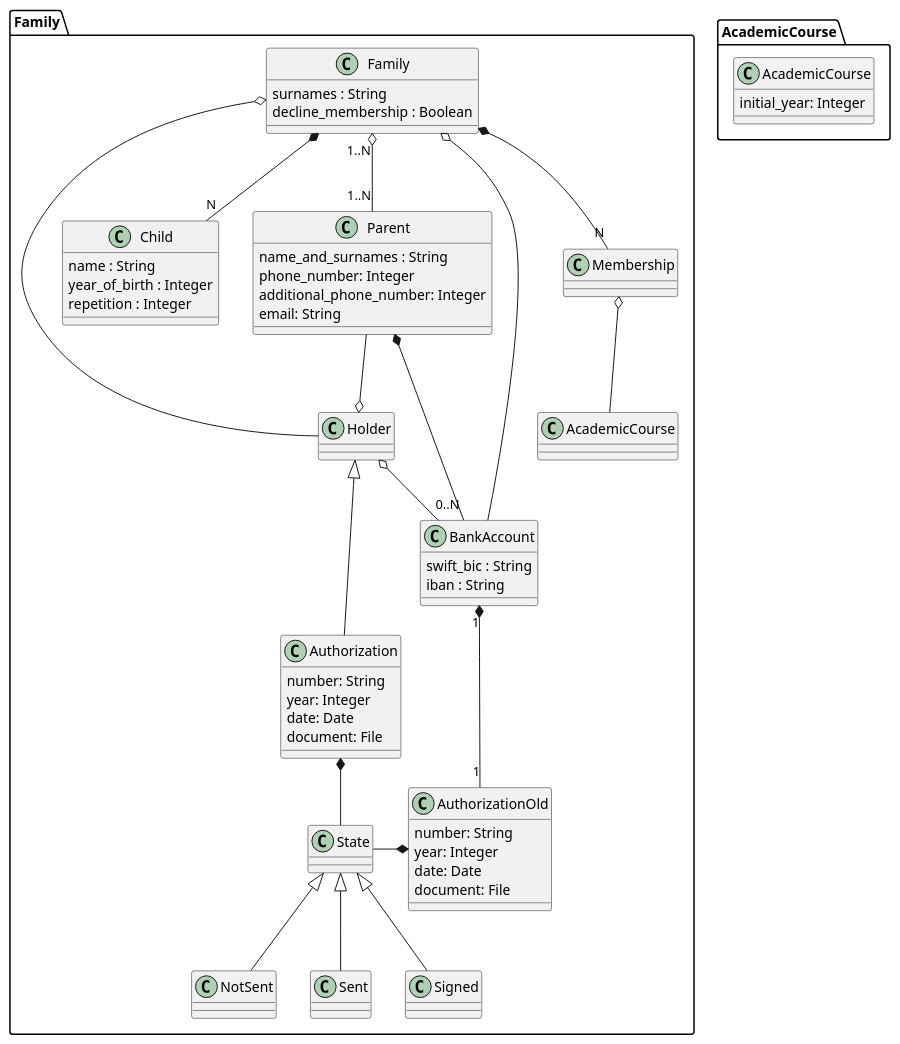
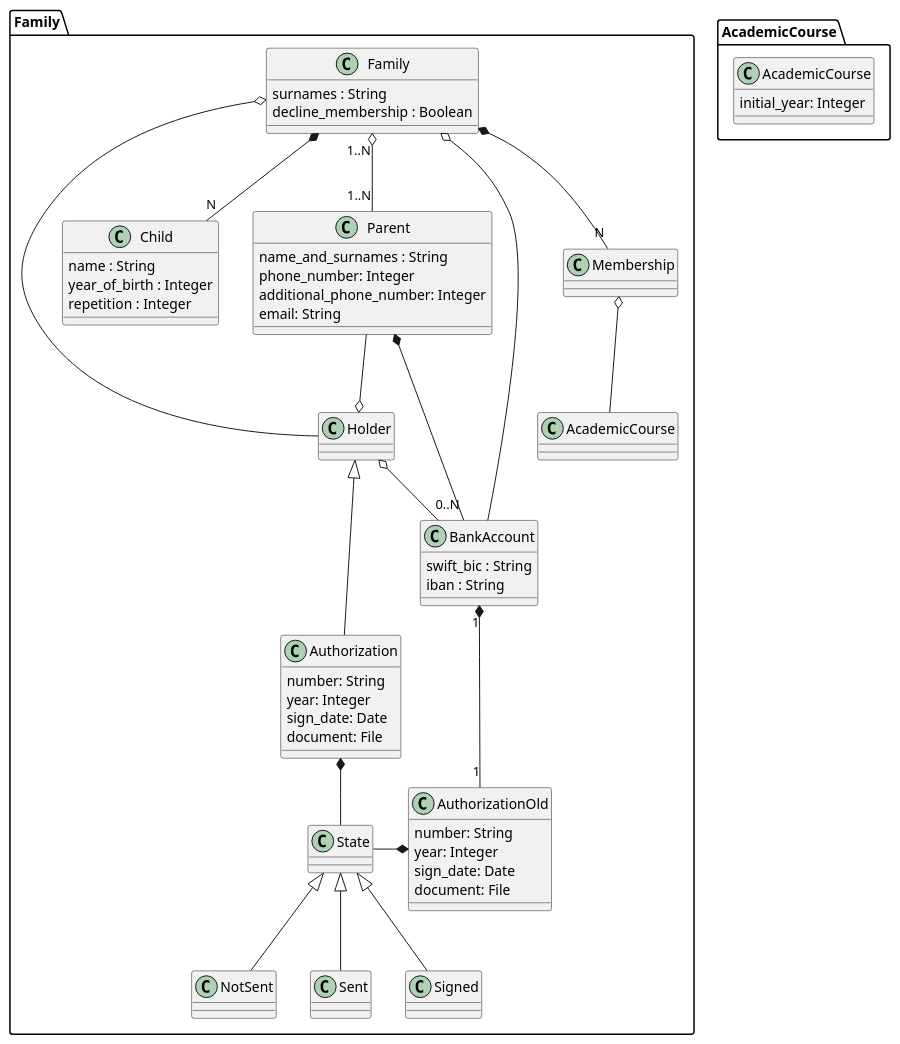
One commit to IgnacioMaestro/ampa-manager changed the diagram in doc/DomainModelDiagram/FamilyPackage/FamilyPackageMigrating.puml. Above: the diagram before and after it, drawn with PlantUML.

Commit message:
feat: correct doc

```diff
--- a/doc/DomainModelDiagram/FamilyPackage/FamilyPackageMigrating.puml
+++ b/doc/DomainModelDiagram/FamilyPackage/FamilyPackageMigrating.puml
@@ -1,67 +1,67 @@
 @startuml
 package Family {
   class Family {
     surnames : String
     decline_membership : Boolean
   }
   class Parent {
     name_and_surnames : String
     phone_number: Integer
     additional_phone_number: Integer
     email: String
   }
   class Child {
     name : String
     year_of_birth : Integer
     repetition : Integer
   }
   class Holder
   class BankAccount {
     swift_bic : String
     iban : String
   }
   class Authorization {
     number: String
     year: Integer
-    date: Date
+    sign_date: Date
     document: File
   }
   class AuthorizationOld {
     number: String
     year: Integer
-    date: Date
+    sign_date: Date
     document: File
   }
   class State
   class NotSent
   class Sent
   class Signed
 
   NotSent -up-|> State
   Sent -up-|> State
   Signed -up-|> State
   Authorization *-right- State
   AuthorizationOld *-right- State
 
   class Membership
   Parent --o Holder: ""
   Holder o-- BankAccount
   Family o-- Holder
 
 
   Family "1..N" o-- "1..N" Parent
   Family *-- "N" Child
   Parent *-- "0..N" BankAccount
   Family o-- BankAccount: ""
   BankAccount "1" *-- "1" AuthorizationOld
   Holder <|-- Authorization
   Family *-- "N" Membership: ""
   Membership o-- AcademicCourse
 }
 
 package AcademicCourse {
   class AcademicCourse {
     initial_year: Integer
   }
 }
 @enduml
```
